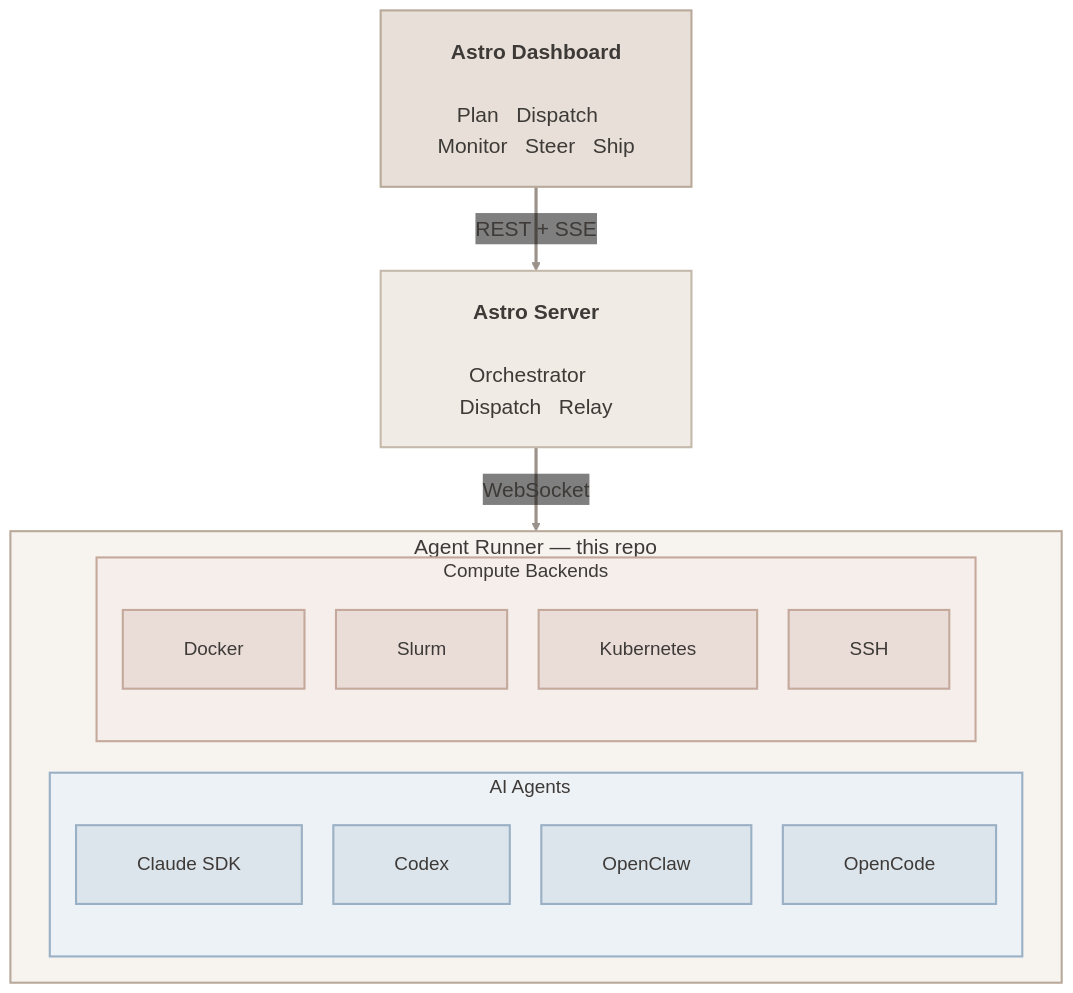
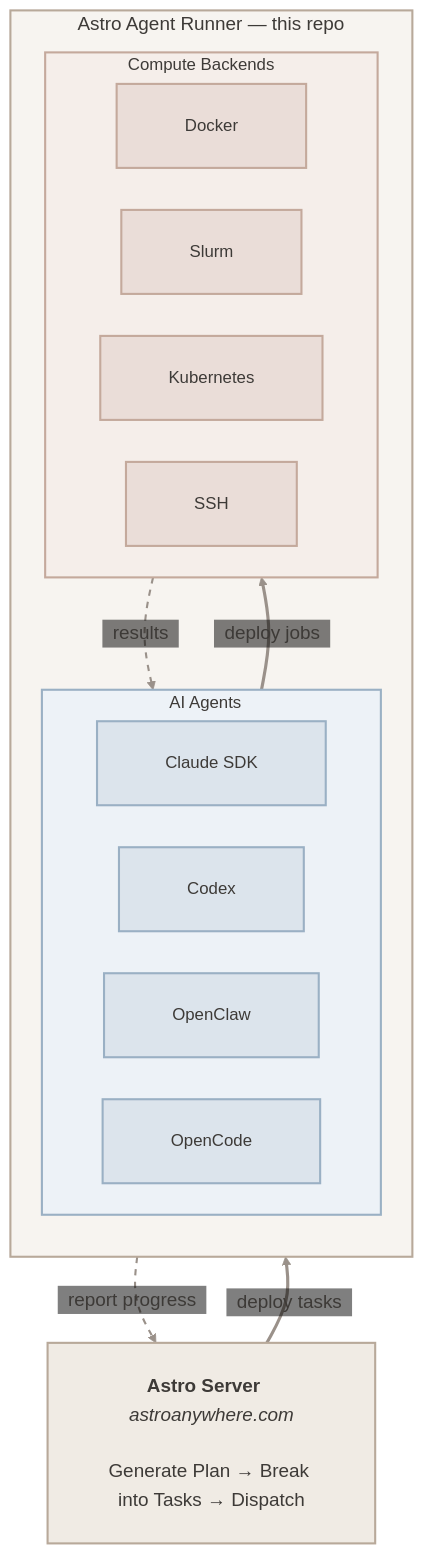
Before and after one commit to astro-anywhere/astro-agent: the diagram in README.md, drawn with Mermaid. The commit also changed other lines of this file, not shown here.

Commit message:
docs: redesign architecture diagram — two-box layout with task flow
Simplified to two main boxes: Astro Server (plan + dispatch) and
Agent Runner (AI agents + compute backends). Shows bidirectional
flow: server deploys tasks, runner reports progress. AI agents
deploy jobs to compute backends and retrieve results.

````diff
--- a/README.md
+++ b/README.md
@@ -239,61 +239,62 @@
 ```mermaid
 %%{init: {
   'theme': 'base',
   'themeVariables': {
     'primaryColor': '#e8e0d8',
     'primaryBorderColor': '#b8a99a',
     'primaryTextColor': '#3d3a37',
     'lineColor': '#9a918a',
     'textColor': '#3d3a37',
-    'fontSize': '20px',
+    'fontSize': '18px',
     'fontFamily': 'Palatino, Palatino Linotype, Georgia, serif',
     'edgeLabelBackground': 'transparent'
   },
   'flowchart': {
-    'nodeSpacing': 30,
-    'rankSpacing': 50,
-    'padding': 24,
+    'nodeSpacing': 40,
+    'rankSpacing': 55,
+    'padding': 28,
     'htmlLabels': true,
     'curve': 'basis'
   }
 }}%%
-flowchart TD
-    classDef warm fill:#e8e0d8,stroke:#b8a99a,stroke-width:2px,color:#3d3a37,font-size:20px
-    classDef sand fill:#f0ebe4,stroke:#c4b9ab,stroke-width:2px,color:#3d3a37,font-size:20px
-    classDef mist fill:#dce4ec,stroke:#9ab0c4,stroke-width:2px,color:#3d3a37,font-size:18px
-    classDef rose fill:#eaddd8,stroke:#c4a99c,stroke-width:2px,color:#3d3a37,font-size:18px
+flowchart TB
+    classDef server fill:#f0ebe4,stroke:#b8a99a,stroke-width:2px,color:#3d3a37,font-size:18px
+    classDef mist fill:#dce4ec,stroke:#9ab0c4,stroke-width:2px,color:#3d3a37,font-size:16px
+    classDef rose fill:#eaddd8,stroke:#c4a99c,stroke-width:2px,color:#3d3a37,font-size:16px
 
-    Dashboard["<b>Astro Dashboard</b><br/><br/>Plan &nbsp; Dispatch &nbsp; Monitor &nbsp; Steer &nbsp; Ship"]:::warm
+    Server["<b>Astro Server</b> &nbsp; <i>astroanywhere.com</i><br/><br/>Generate Plan &rarr; Break into Tasks &rarr; Dispatch"]:::server
 
-    Dashboard ==>|" REST + SSE "| Server
+    Server ==>|" &nbsp; deploy tasks &nbsp; "| Runner
+    Runner -.->|" &nbsp; report progress &nbsp; "| Server
 
-    Server["<b>Astro Server</b><br/><br/>Orchestrator &nbsp; Dispatch &nbsp; Relay"]:::sand
-
-    Server ==>|" WebSocket "| Runner
-
-    subgraph Runner["&nbsp; Agent Runner &mdash; this repo &nbsp;"]
-        direction LR
+    subgraph Runner["&nbsp; Astro Agent Runner &mdash; this repo &nbsp;"]
+        direction TB
 
         subgraph agents["&nbsp; AI Agents &nbsp;"]
-            direction TB
+            direction LR
             A1["&nbsp; Claude SDK &nbsp;"]:::mist
             A2["&nbsp; Codex &nbsp;"]:::mist
             A3["&nbsp; OpenClaw &nbsp;"]:::mist
             A4["&nbsp; OpenCode &nbsp;"]:::mist
         end
 
+        agents ==>|" &nbsp; deploy jobs &nbsp; "| compute
+        compute -.->|" &nbsp; results &nbsp; "| agents
+
         subgraph compute["&nbsp; Compute Backends &nbsp;"]
-            direction TB
+            direction LR
             C1["&nbsp; Docker &nbsp;"]:::rose
             C2["&nbsp; Slurm &nbsp;"]:::rose
             C3["&nbsp; Kubernetes &nbsp;"]:::rose
             C4["&nbsp; SSH &nbsp;"]:::rose
         end
     end
 
-    style Runner fill:#f7f4f0,stroke:#b8a99a,stroke-width:2px,color:#3d3a37,font-size:20px
-    style agents fill:#edf2f7,stroke:#9ab0c4,stroke-width:2px,color:#3d3a37,font-size:18px
-    style compute fill:#f5eeea,stroke:#c4a99c,stroke-width:2px,color:#3d3a37,font-size:18px
+    style Runner fill:#f7f4f0,stroke:#b8a99a,stroke-width:2px,color:#3d3a37,font-size:18px
+    style agents fill:#edf2f7,stroke:#9ab0c4,stroke-width:2px,color:#3d3a37,font-size:16px
+    style compute fill:#f5eeea,stroke:#c4a99c,stroke-width:2px,color:#3d3a37,font-size:16px
 
     linkStyle default stroke:#9a918a,stroke-width:3px
+    linkStyle 1 stroke:#9a918a,stroke-width:2px,stroke-dasharray:6
+    linkStyle 3 stroke:#9a918a,stroke-width:2px,stroke-dasharray:6
 ```
````
